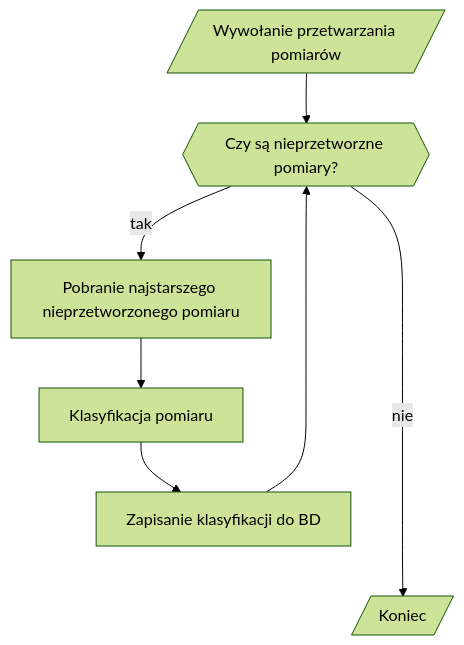
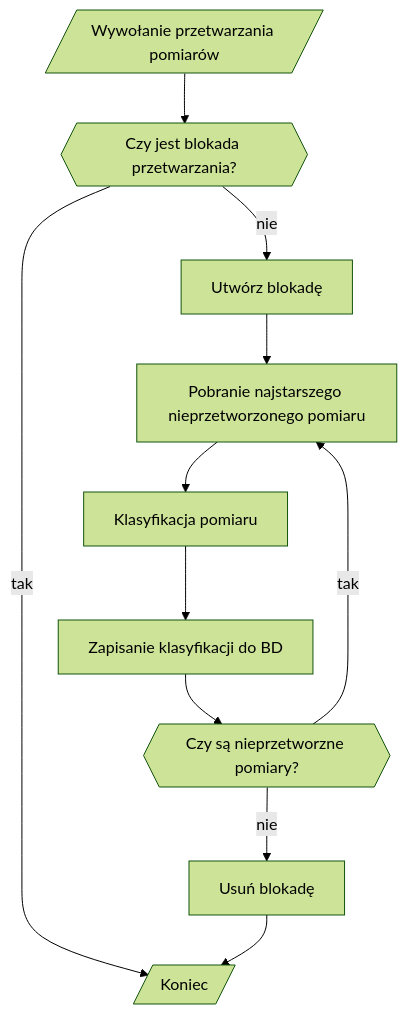
Before and after one commit to MichalTom4szewicz/PWR_PPIWD: the second of 3 diagrams in backend/docs/data_processing.md, drawn with Mermaid (forest theme).

Commit message:
Data processing update

````diff
--- a/backend/docs/data_processing.md
+++ b/backend/docs/data_processing.md
@@ -27,17 +27,24 @@
 ```mermaid
 flowchart
+  g{{Czy jest blokada przetwarzania?}}
+  h[Utwórz blokadę]
   a[/Wywołanie przetwarzania pomiarów/]
   b[Pobranie najstarszego nieprzetworzonego pomiaru]
   c[Klasyfikacja pomiaru]
   d[Zapisanie klasyfikacji do BD]
   e{{Czy są nieprzetworzne pomiary?}}
+  i[Usuń blokadę]
   f[/Koniec/]
 
-  a --> e
+  a --> g
+  g -->|nie| h
+  g -->|tak| f
+  h --> b
   e -->|tak| b
-  e ----->|nie| f
+  e -->|nie| i
+  i --> f
   b --> c
   c --> d
   d --> e
 
 ```
````
